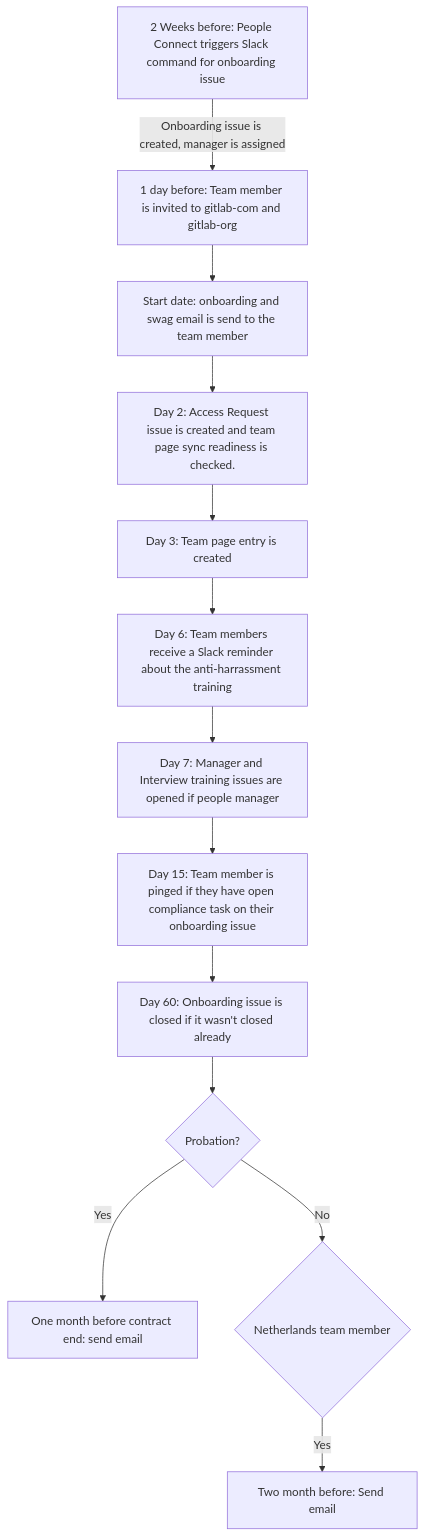
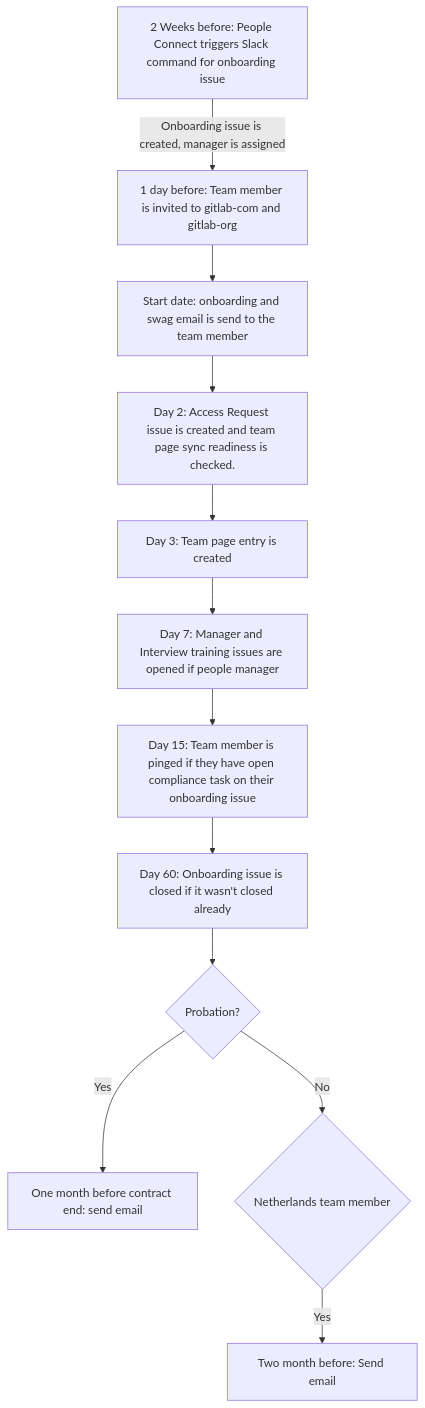
One commit to zalyoung/gitlab-handbook changed the first of 2 diagrams in content/handbook/people-group/engineering/onboarding.md. Above: the diagram before and after it, drawn with Mermaid. The commit also changed other lines of this file, not shown here.

Commit message:
Remove depreceated onboarding slack notification

````diff
--- a/content/handbook/people-group/engineering/onboarding.md
+++ b/content/handbook/people-group/engineering/onboarding.md
@@ -16,15 +16,14 @@
 ```mermaid
 graph TD
   A[2 Weeks before: People Connect triggers Slack command for onboarding issue] -->|Onboarding issue is created, manager is assigned| K
   K[1 day before: Team member is invited to gitlab-com and gitlab-org] --> I
   I[Start date: onboarding and swag email is send to the team member] --> C
   C[Day 2: Access Request issue is created and team page sync readiness is checked.] --> CA
-  CA[Day 3: Team page entry is created] --> E
-  E[Day 6: Team members receive a Slack reminder about the anti-harrassment training] --> J
+  CA[Day 3: Team page entry is created] --> J
   J[Day 7: Manager and Interview training issues are opened if people manager] --> L
   L[Day 15: Team member is pinged if they have open compliance task on their onboarding issue] --> F
   F[Day 60: Onboarding issue is closed if it wasn't closed already] --> N{Probation?}
   N -->|Yes| D[One month before contract end: send email]
   N --> |No| B{Netherlands team member}
   B --> |Yes| G[Two month before: Send email]
 ```
````
